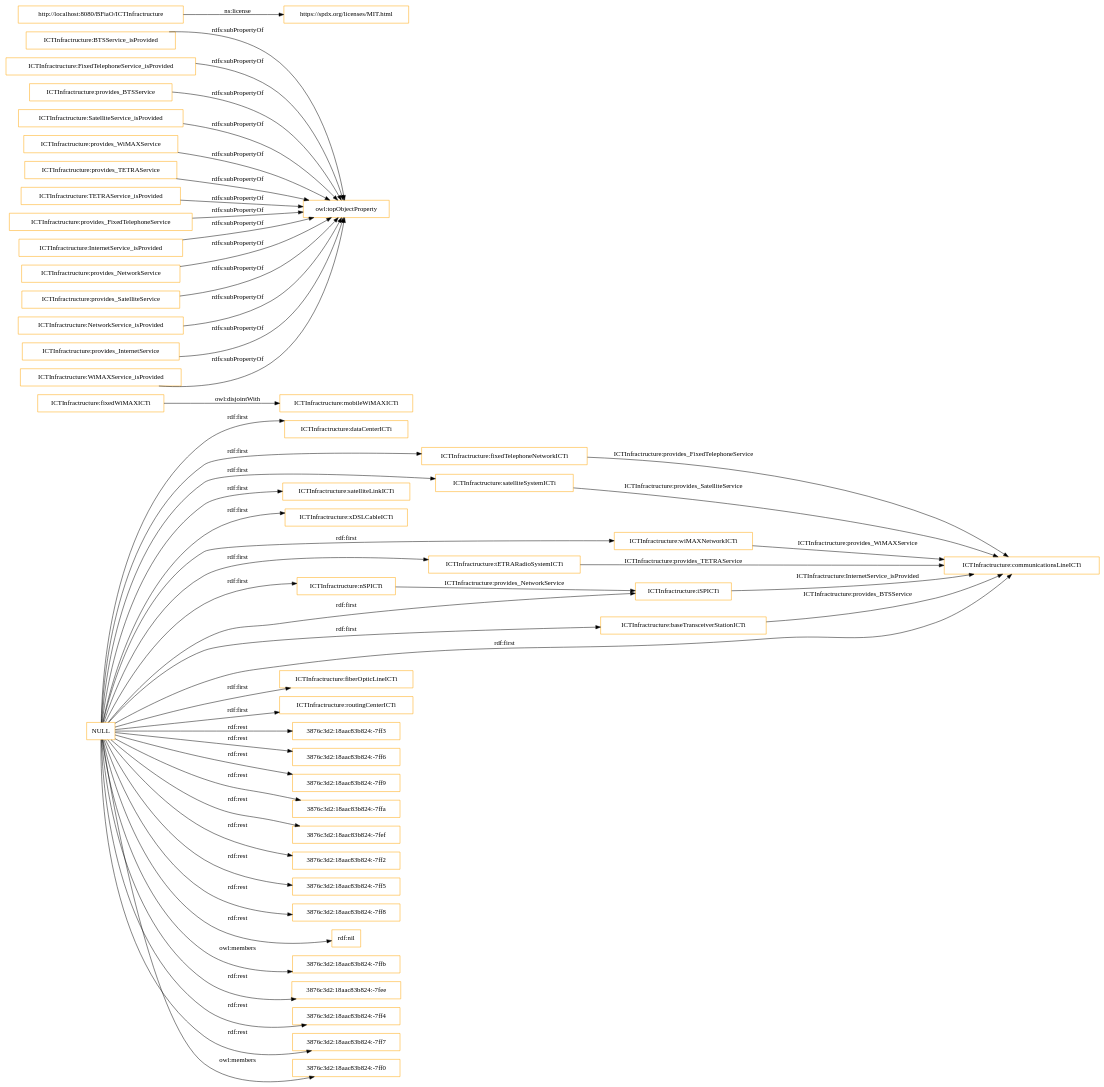
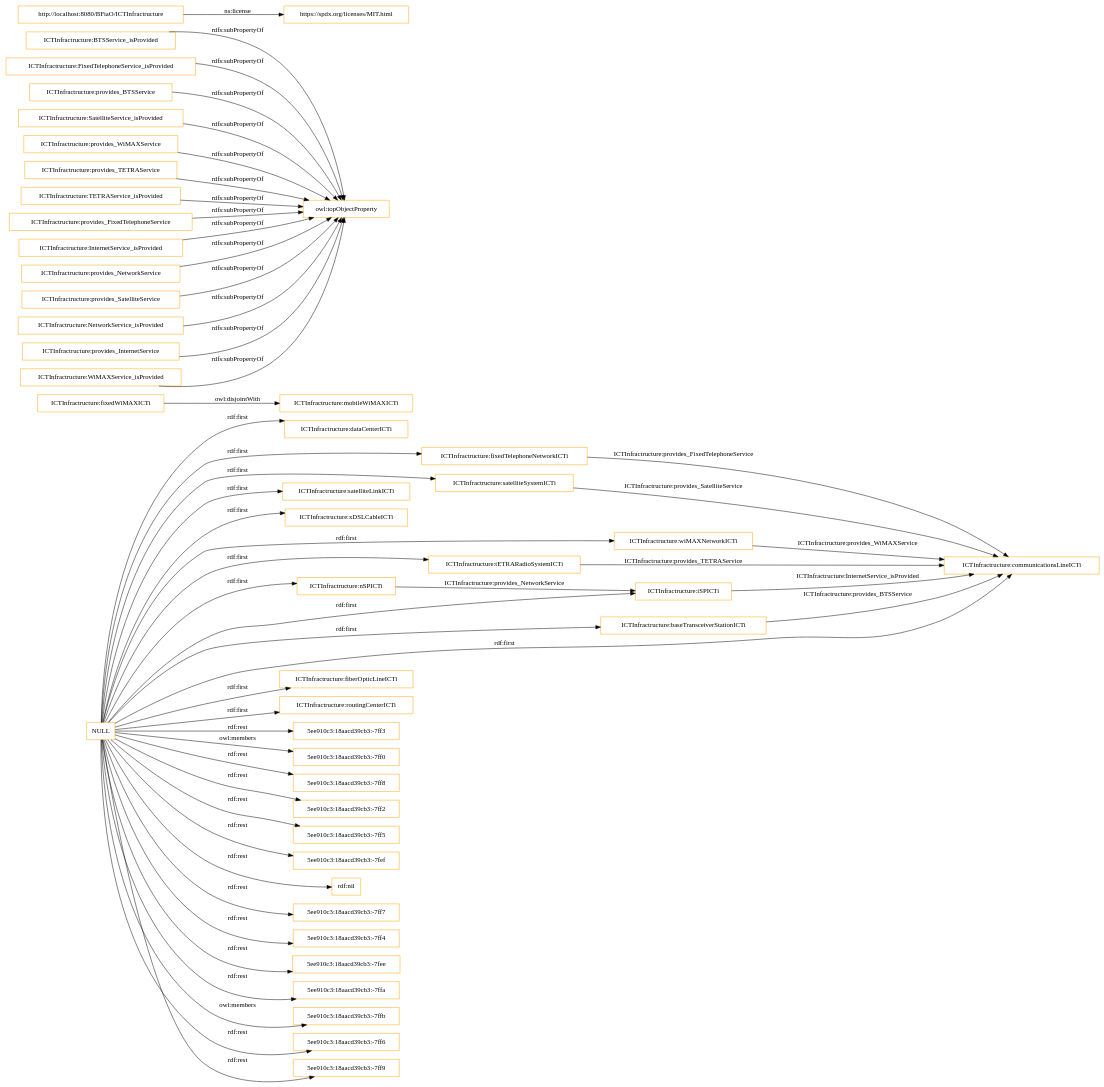
One commit to ahmad88me/bfiao changed the diagram in OnToology/ICTInfrastructure.owl/diagrams/ar2dtool-class/ICTInfrastructure.owl.png.dot. Above: the diagram before and after it, drawn with Graphviz. The commit also changed 23 other files, not shown here.

```diff
--- a/OnToology/ICTInfrastructure.owl/diagrams/ar2dtool-class/ICTInfrastructure.owl.png.dot
+++ b/OnToology/ICTInfrastructure.owl/diagrams/ar2dtool-class/ICTInfrastructure.owl.png.dot
@@ -1,56 +1,56 @@
 digraph ar2dtool_diagram { 
 rankdir=LR;
 size="1501"
 node [shape = rectangle, color="orange"]; "ICTInfractructure:dataCenterICTi" "ICTInfractructure:fixedTelephoneNetworkICTi" "ICTInfractructure:fixedWiMAXICTi" "ICTInfractructure:satelliteSystemICTi" "ICTInfractructure:mobileWiMAXICTi" "ICTInfractructure:satelliteLinkICTi" "ICTInfractructure:xDSLCableICTi" "ICTInfractructure:wiMAXNetworkICTi" "ICTInfractructure:iSPICTi" "ICTInfractructure:tETRARadioSystemICTi" "ICTInfractructure:baseTransceiverStationICTi" "ICTInfractructure:communicationsLineICTi" "ICTInfractructure:nSPICTi" "ICTInfractructure:fiberOpticLineICTi" "ICTInfractructure:routingCenterICTi" ; /*classes style*/
 	"ICTInfractructure:BTSService_isProvided" -> "owl:topObjectProperty" [ label = "rdfs:subPropertyOf" ];
 	"ICTInfractructure:FixedTelephoneService_isProvided" -> "owl:topObjectProperty" [ label = "rdfs:subPropertyOf" ];
 	"ICTInfractructure:provides_BTSService" -> "owl:topObjectProperty" [ label = "rdfs:subPropertyOf" ];
 	"ICTInfractructure:fixedWiMAXICTi" -> "ICTInfractructure:mobileWiMAXICTi" [ label = "owl:disjointWith" ];
 	"ICTInfractructure:SatelliteService_isProvided" -> "owl:topObjectProperty" [ label = "rdfs:subPropertyOf" ];
 	"ICTInfractructure:provides_WiMAXService" -> "owl:topObjectProperty" [ label = "rdfs:subPropertyOf" ];
 	"ICTInfractructure:provides_TETRAService" -> "owl:topObjectProperty" [ label = "rdfs:subPropertyOf" ];
 	"ICTInfractructure:TETRAService_isProvided" -> "owl:topObjectProperty" [ label = "rdfs:subPropertyOf" ];
 	"http://localhost:8080/BFiaO/ICTInfractructure" -> "https://spdx.org/licenses/MIT.html" [ label = "ns:license" ];
 	"ICTInfractructure:provides_FixedTelephoneService" -> "owl:topObjectProperty" [ label = "rdfs:subPropertyOf" ];
 	"ICTInfractructure:InternetService_isProvided" -> "owl:topObjectProperty" [ label = "rdfs:subPropertyOf" ];
 	"ICTInfractructure:provides_NetworkService" -> "owl:topObjectProperty" [ label = "rdfs:subPropertyOf" ];
 	"ICTInfractructure:provides_SatelliteService" -> "owl:topObjectProperty" [ label = "rdfs:subPropertyOf" ];
 	"ICTInfractructure:NetworkService_isProvided" -> "owl:topObjectProperty" [ label = "rdfs:subPropertyOf" ];
 	"ICTInfractructure:provides_InternetService" -> "owl:topObjectProperty" [ label = "rdfs:subPropertyOf" ];
+	"NULL" -> "5ee910c3:18aacd39cb3:-7ff3" [ label = "rdf:rest" ];
 	"NULL" -> "ICTInfractructure:xDSLCableICTi" [ label = "rdf:first" ];
 	"NULL" -> "ICTInfractructure:dataCenterICTi" [ label = "rdf:first" ];
-	"NULL" -> "3876c3d2:18aac83b824:-7ff3" [ label = "rdf:rest" ];
-	"NULL" -> "3876c3d2:18aac83b824:-7ff6" [ label = "rdf:rest" ];
-	"NULL" -> "3876c3d2:18aac83b824:-7ff9" [ label = "rdf:rest" ];
-	"NULL" -> "3876c3d2:18aac83b824:-7ffa" [ label = "rdf:rest" ];
 	"NULL" -> "ICTInfractructure:routingCenterICTi" [ label = "rdf:first" ];
+	"NULL" -> "5ee910c3:18aacd39cb3:-7ff0" [ label = "owl:members" ];
+	"NULL" -> "5ee910c3:18aacd39cb3:-7ff8" [ label = "rdf:rest" ];
 	"NULL" -> "ICTInfractructure:satelliteLinkICTi" [ label = "rdf:first" ];
+	"NULL" -> "5ee910c3:18aacd39cb3:-7ff2" [ label = "rdf:rest" ];
+	"NULL" -> "5ee910c3:18aacd39cb3:-7ff5" [ label = "rdf:rest" ];
 	"NULL" -> "ICTInfractructure:fixedTelephoneNetworkICTi" [ label = "rdf:first" ];
 	"NULL" -> "ICTInfractructure:wiMAXNetworkICTi" [ label = "rdf:first" ];
+	"NULL" -> "5ee910c3:18aacd39cb3:-7fef" [ label = "rdf:rest" ];
 	"NULL" -> "ICTInfractructure:nSPICTi" [ label = "rdf:first" ];
-	"NULL" -> "3876c3d2:18aac83b824:-7fef" [ label = "rdf:rest" ];
 	"NULL" -> "ICTInfractructure:tETRARadioSystemICTi" [ label = "rdf:first" ];
-	"NULL" -> "3876c3d2:18aac83b824:-7ff2" [ label = "rdf:rest" ];
-	"NULL" -> "3876c3d2:18aac83b824:-7ff5" [ label = "rdf:rest" ];
-	"NULL" -> "3876c3d2:18aac83b824:-7ff8" [ label = "rdf:rest" ];
 	"NULL" -> "ICTInfractructure:communicationsLineICTi" [ label = "rdf:first" ];
 	"NULL" -> "rdf:nil" [ label = "rdf:rest" ];
+	"NULL" -> "5ee910c3:18aacd39cb3:-7ff7" [ label = "rdf:rest" ];
+	"NULL" -> "5ee910c3:18aacd39cb3:-7ff4" [ label = "rdf:rest" ];
 	"NULL" -> "ICTInfractructure:baseTransceiverStationICTi" [ label = "rdf:first" ];
-	"NULL" -> "3876c3d2:18aac83b824:-7ffb" [ label = "owl:members" ];
 	"NULL" -> "ICTInfractructure:satelliteSystemICTi" [ label = "rdf:first" ];
-	"NULL" -> "3876c3d2:18aac83b824:-7fee" [ label = "rdf:rest" ];
-	"NULL" -> "3876c3d2:18aac83b824:-7ff4" [ label = "rdf:rest" ];
+	"NULL" -> "5ee910c3:18aacd39cb3:-7fee" [ label = "rdf:rest" ];
+	"NULL" -> "5ee910c3:18aacd39cb3:-7ffa" [ label = "rdf:rest" ];
 	"NULL" -> "ICTInfractructure:iSPICTi" [ label = "rdf:first" ];
-	"NULL" -> "3876c3d2:18aac83b824:-7ff7" [ label = "rdf:rest" ];
 	"NULL" -> "ICTInfractructure:fiberOpticLineICTi" [ label = "rdf:first" ];
-	"NULL" -> "3876c3d2:18aac83b824:-7ff0" [ label = "owl:members" ];
+	"NULL" -> "5ee910c3:18aacd39cb3:-7ffb" [ label = "owl:members" ];
+	"NULL" -> "5ee910c3:18aacd39cb3:-7ff6" [ label = "rdf:rest" ];
+	"NULL" -> "5ee910c3:18aacd39cb3:-7ff9" [ label = "rdf:rest" ];
 	"ICTInfractructure:WiMAXService_isProvided" -> "owl:topObjectProperty" [ label = "rdfs:subPropertyOf" ];
 	"ICTInfractructure:fixedTelephoneNetworkICTi" -> "ICTInfractructure:communicationsLineICTi" [ label = "ICTInfractructure:provides_FixedTelephoneService" ];
 	"ICTInfractructure:wiMAXNetworkICTi" -> "ICTInfractructure:communicationsLineICTi" [ label = "ICTInfractructure:provides_WiMAXService" ];
 	"ICTInfractructure:satelliteSystemICTi" -> "ICTInfractructure:communicationsLineICTi" [ label = "ICTInfractructure:provides_SatelliteService" ];
 	"ICTInfractructure:iSPICTi" -> "ICTInfractructure:communicationsLineICTi" [ label = "ICTInfractructure:InternetService_isProvided" ];
 	"ICTInfractructure:tETRARadioSystemICTi" -> "ICTInfractructure:communicationsLineICTi" [ label = "ICTInfractructure:provides_TETRAService" ];
 	"ICTInfractructure:nSPICTi" -> "ICTInfractructure:iSPICTi" [ label = "ICTInfractructure:provides_NetworkService" ];
 	"ICTInfractructure:baseTransceiverStationICTi" -> "ICTInfractructure:communicationsLineICTi" [ label = "ICTInfractructure:provides_BTSService" ];
 
 }
```
